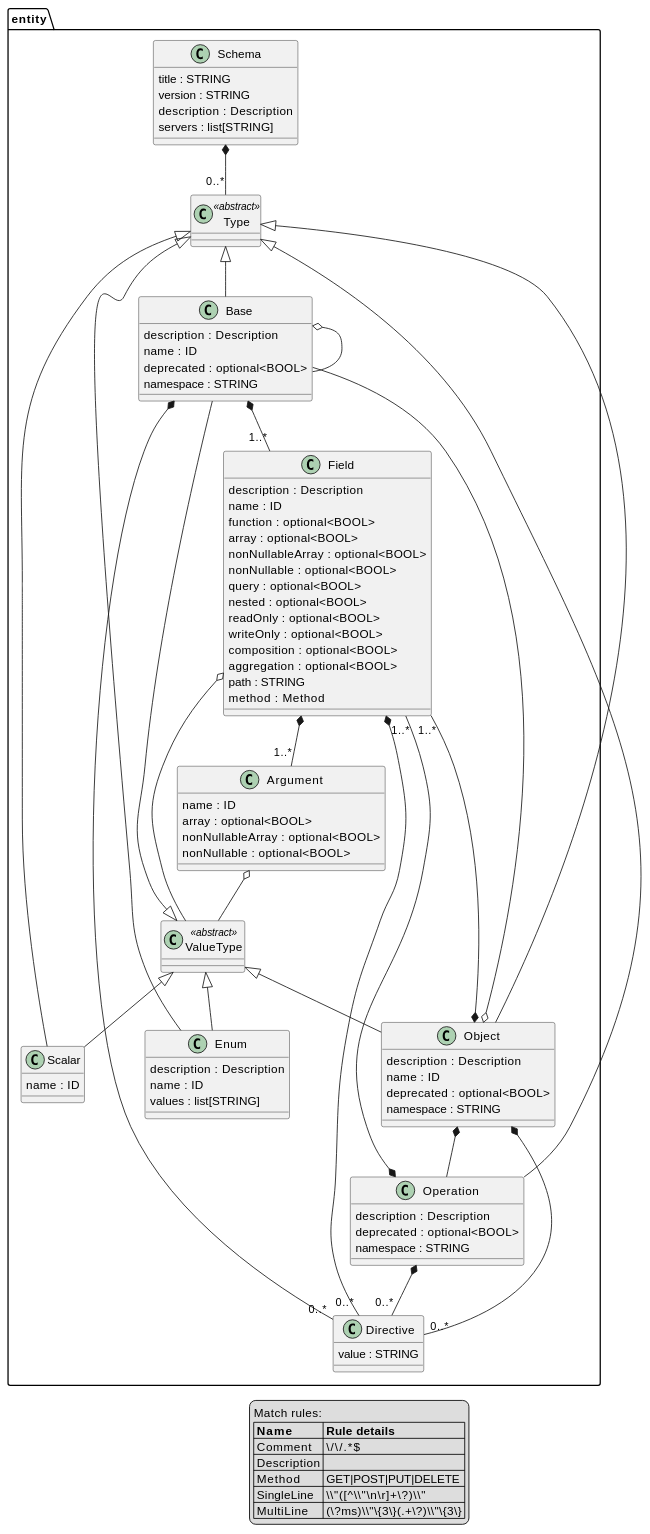
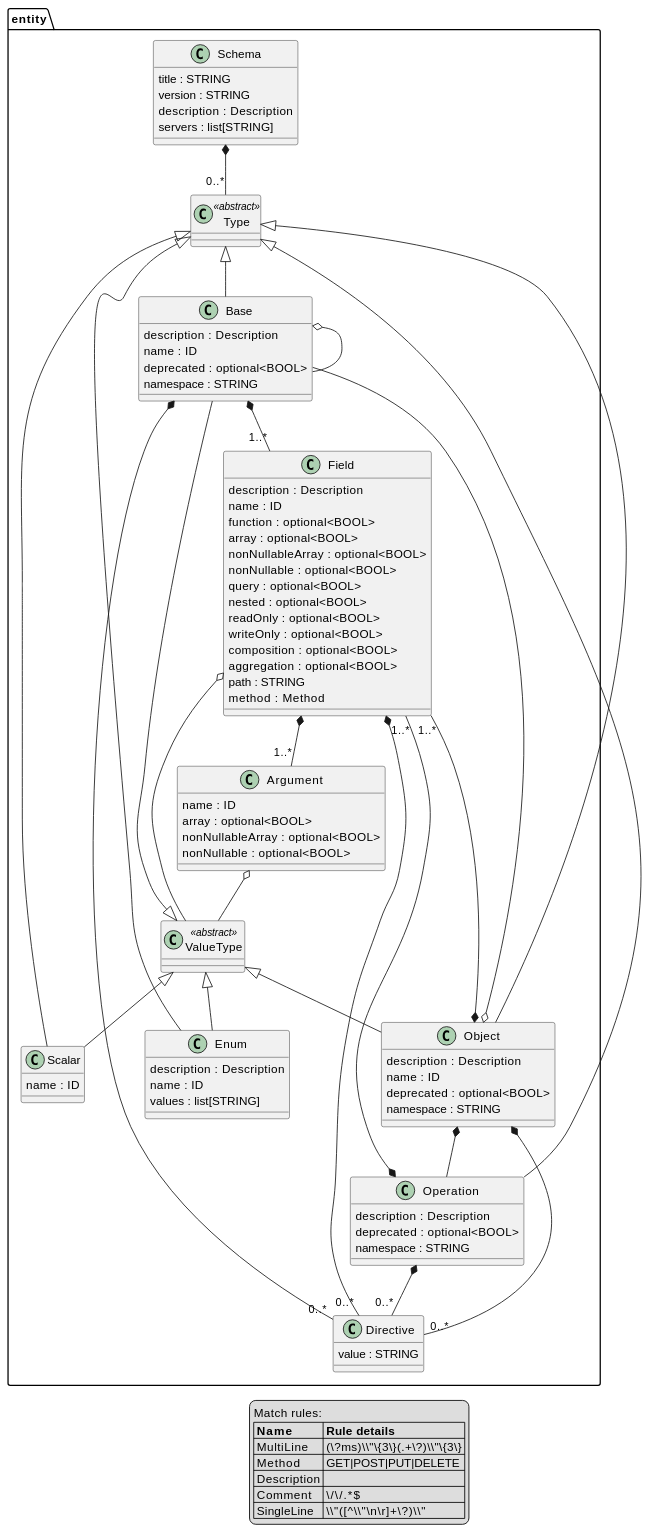
One commit to henn1001/QSDL changed the diagram in qsdl/definition/entity.md. Above: the diagram before and after it, drawn with PlantUML. The commit also changed other lines of this file and 3 other files, not shown here.

```diff
--- a/qsdl/definition/entity.md
+++ b/qsdl/definition/entity.md
@@ -112,11 +112,11 @@
 legend
   Match rules:
   |= Name  |= Rule details |
+  | MultiLine | (\?ms)\\\"\{3\}(.+\?)\\\"\{3\} |
+  | Method | GET\|POST\|PUT\|DELETE |
+  | Description |  |
   | Comment | \\/\\/.*$ |
-  | Description |  |
-  | Method | GET\|POST\|PUT\|DELETE |
   | SingleLine | \\\"([^\\\"\\n\\r]+\?)\\\" |
-  | MultiLine | (\?ms)\\\"\{3\}(.+\?)\\\"\{3\} |
 end legend
 
 @enduml
```
